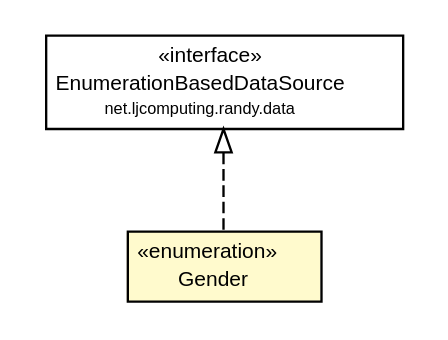
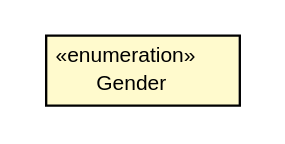
Before and after one commit to willmorejg/net.ljcomputing.randy: the diagram in docs/javadoc/apidocs/net/ljcomputing/randy/data/enumeration/Gender.dot, drawn with Graphviz. The commit also changed 138 other files, not shown here.

```diff
--- a/docs/javadoc/apidocs/net/ljcomputing/randy/data/enumeration/Gender.dot
+++ b/docs/javadoc/apidocs/net/ljcomputing/randy/data/enumeration/Gender.dot
@@ -1,29 +1,19 @@
 #!/usr/local/bin/dot
 #
 # Class diagram 
 # Generated by UMLGraph version R5_6 (http://www.umlgraph.org/)
 #
 
 digraph G {
 	edge [fontname="Helvetica",fontsize=10,labelfontname="Helvetica",labelfontsize=10];
 	node [fontname="Helvetica",fontsize=10,shape=plaintext];
 	nodesep=0.25;
 	ranksep=0.5;
-	// net.ljcomputing.randy.data.EnumerationBasedDataSource
-	c429 [label=<<table title="net.ljcomputing.randy.data.EnumerationBasedDataSource" border="0" cellborder="1" cellspacing="0" cellpadding="2" port="p" href="../EnumerationBasedDataSource.html">
-		<tr><td><table border="0" cellspacing="0" cellpadding="1">
-<tr><td align="center" balign="center"> &#171;interface&#187; </td></tr>
-<tr><td align="center" balign="center"> EnumerationBasedDataSource </td></tr>
-<tr><td align="center" balign="center"><font point-size="7.0"> net.ljcomputing.randy.data </font></td></tr>
-		</table></td></tr>
-		</table>>, URL="../EnumerationBasedDataSource.html", fontname="Helvetica", fontcolor="black", fontsize=9.0];
 	// net.ljcomputing.randy.data.enumeration.Gender
-	c433 [label=<<table title="net.ljcomputing.randy.data.enumeration.Gender" border="0" cellborder="1" cellspacing="0" cellpadding="2" port="p" bgcolor="lemonChiffon" href="./Gender.html">
+	c476 [label=<<table title="net.ljcomputing.randy.data.enumeration.Gender" border="0" cellborder="1" cellspacing="0" cellpadding="2" port="p" bgcolor="lemonChiffon" href="./Gender.html">
 		<tr><td><table border="0" cellspacing="0" cellpadding="1">
 <tr><td align="center" balign="center"> &#171;enumeration&#187; </td></tr>
 <tr><td align="center" balign="center"> Gender </td></tr>
 		</table></td></tr>
 		</table>>, URL="./Gender.html", fontname="Helvetica", fontcolor="black", fontsize=9.0];
-	//net.ljcomputing.randy.data.enumeration.Gender implements net.ljcomputing.randy.data.EnumerationBasedDataSource
-	c429:p -> c433:p [dir=back,arrowtail=empty,style=dashed];
 }
```
